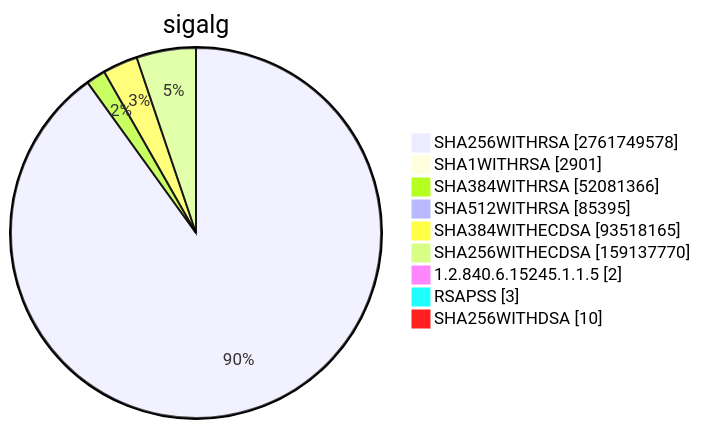
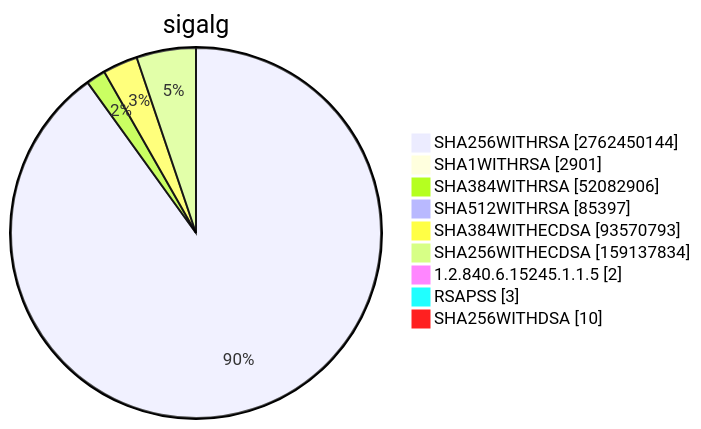
Before and after one commit to christiankrug/ctmonitor_visualization: diagram 15 of 15 in TOTAL/README.md, drawn with Mermaid. The commit also changed other lines of this file, not shown here.

````diff
--- a/TOTAL/README.md
+++ b/TOTAL/README.md
@@ -6205,13 +6205,13 @@
 ```mermaid
 pie showData
 title sigalg
-"SHA256WITHRSA" :2761749578
+"SHA256WITHRSA" :2762450144
 "SHA1WITHRSA" :2901
-"SHA384WITHRSA" :52081366
-"SHA512WITHRSA" :85395
-"SHA384WITHECDSA" :93518165
-"SHA256WITHECDSA" :159137770
+"SHA384WITHRSA" :52082906
+"SHA512WITHRSA" :85397
+"SHA384WITHECDSA" :93570793
+"SHA256WITHECDSA" :159137834
 "1.2.840.6.15245.1.1.5" :2
 "RSAPSS" :3
 "SHA256WITHDSA" :10
 ```
````
